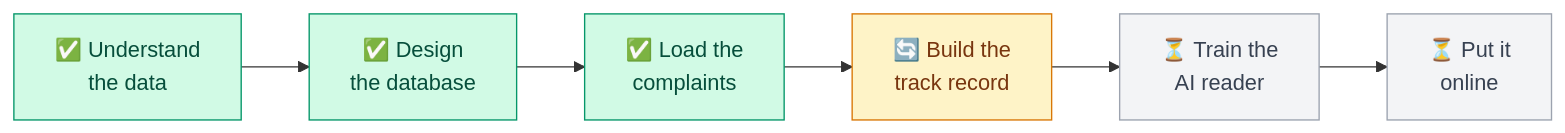
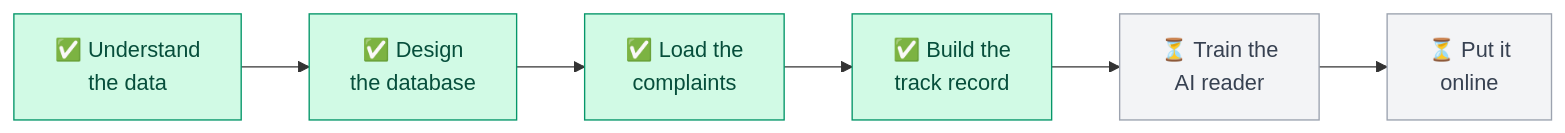
One commit to Bajaj30/TriageIQ changed diagram 14 of 14 in README.md. Above: the diagram before and after it, drawn with Mermaid. The commit also changed other lines of this file and 5 other files, not shown here.

````diff
--- a/README.md
+++ b/README.md
@@ -394,10 +394,9 @@
 ```mermaid
 flowchart LR
-    A["✅ Understand<br/>the data"] --> B["✅ Design<br/>the database"] --> C["✅ Load the<br/>complaints"] --> D["🔄 Build the<br/>track record"] --> E["⏳ Train the<br/>AI reader"] --> F["⏳ Put it<br/>online"]
+    A["✅ Understand<br/>the data"] --> B["✅ Design<br/>the database"] --> C["✅ Load the<br/>complaints"] --> D["✅ Build the<br/>track record"] --> E["⏳ Train the<br/>AI reader"] --> F["⏳ Put it<br/>online"]
     classDef done fill:#d1fae5,stroke:#059669,color:#064e3b
     classDef doing fill:#fef3c7,stroke:#d97706,color:#78350f
     classDef todo fill:#f3f4f6,stroke:#9ca3af,color:#374151
-    class A,B,C done
-    class D doing
+    class A,B,C,D done
     class E,F todo
 ```
````
